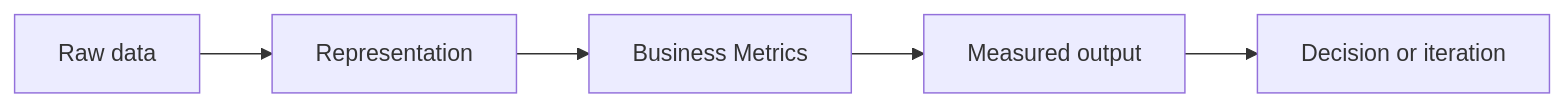
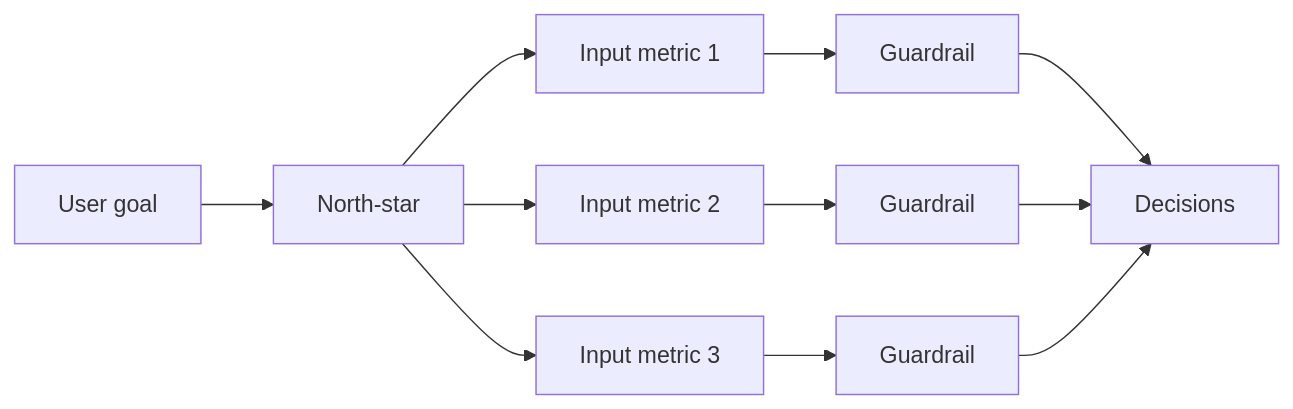
One commit to Icon1cc/Machine-Learning changed the diagram in data-science/09-business-metrics.md. Above: the diagram before and after it, drawn with Mermaid. The commit also changed other lines of this file and 264 other files, not shown here.

````diff
--- a/data-science/09-business-metrics.md
+++ b/data-science/09-business-metrics.md
@@ -92,7 +152,13 @@
 ```mermaid
 flowchart LR
-    A[Raw data] --> B[Representation]
-    B --> C[Business Metrics]
-    C --> D[Measured output]
-    D --> E[Decision or iteration]
+    G[User goal] --> N[North-star]
+    N --> I1[Input metric 1]
+    N --> I2[Input metric 2]
+    N --> I3[Input metric 3]
+    I1 --> R1[Guardrail]
+    I2 --> R2[Guardrail]
+    I3 --> R3[Guardrail]
+    R1 --> D[Decisions]
+    R2 --> D
+    R3 --> D
 ```
````
